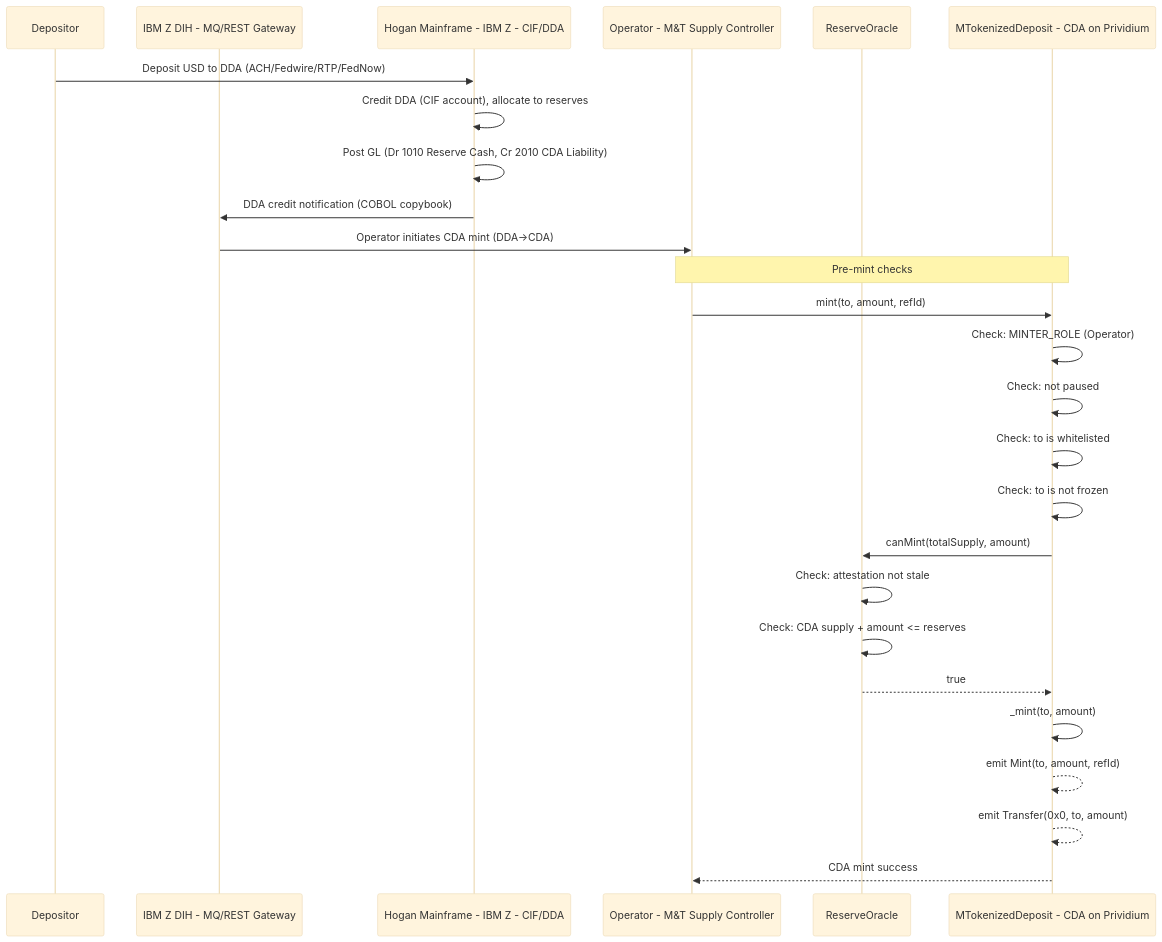
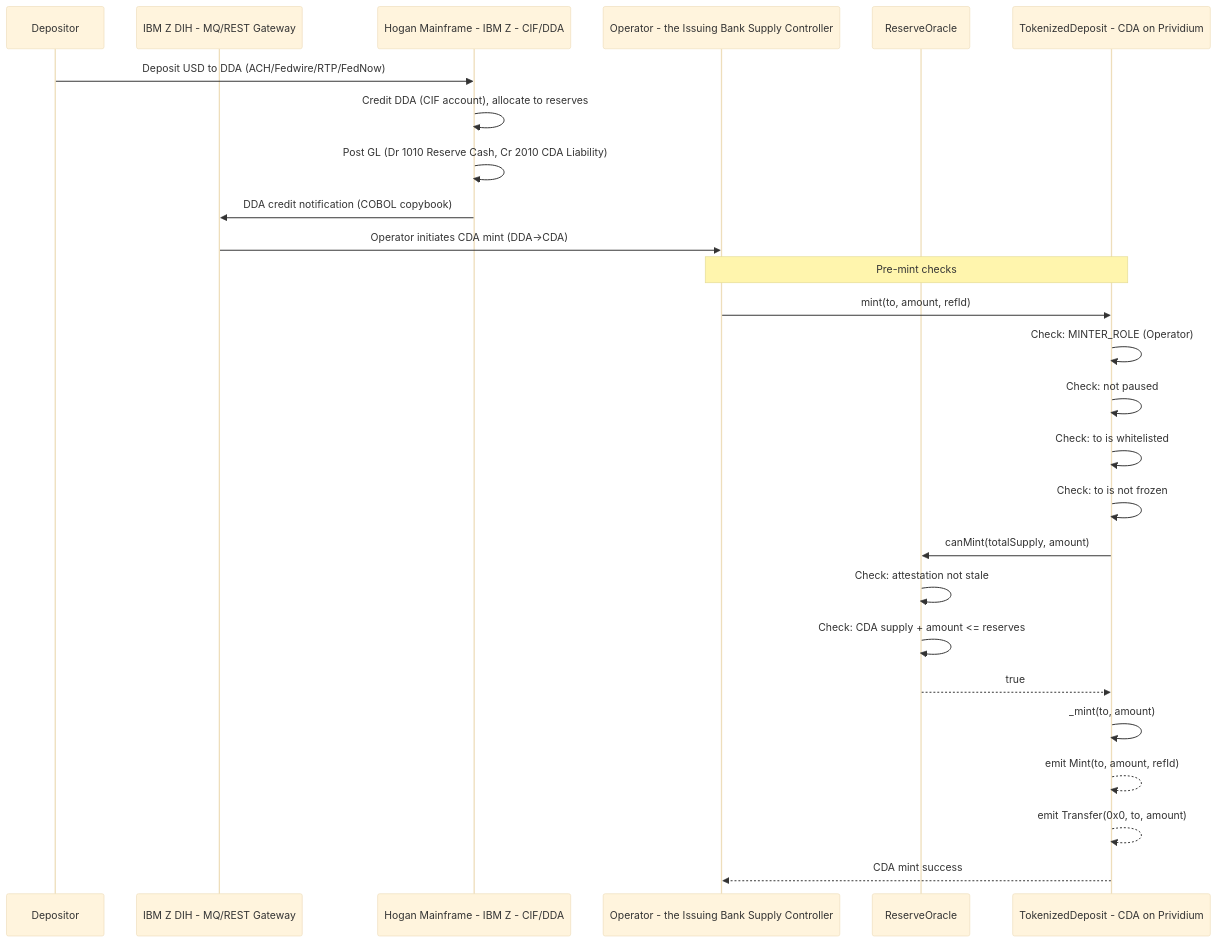
Before and after one commit to jnodes/tokenized-deposits: the first of 6 diagrams in docs/contract_flow_diagrams.md, drawn with Mermaid (base theme). The commit also changed other lines of this file and 160 other files, not shown here.

````diff
--- a/docs/contract_flow_diagrams.md
+++ b/docs/contract_flow_diagrams.md
@@ -5,33 +5,33 @@
 ```mermaid
 sequenceDiagram
     participant Depositor
     participant ZDIH as IBM Z DIH - MQ/REST Gateway
     participant Hogan as Hogan Mainframe - IBM Z - CIF/DDA
-    participant Operator as Operator - M&T Supply Controller
+    participant Operator as Operator - the Issuing Bank Supply Controller
     participant Oracle as ReserveOracle
-    participant Token as MTokenizedDeposit - CDA on Prividium
+    participant Token as TokenizedDeposit - CDA on Prividium
 
     Depositor->>Hogan: Deposit USD to DDA (ACH/Fedwire/RTP/FedNow)
     Hogan->>Hogan: Credit DDA (CIF account), allocate to reserves
     Hogan->>Hogan: Post GL (Dr 1010 Reserve Cash, Cr 2010 CDA Liability)
     Hogan->>ZDIH: DDA credit notification (COBOL copybook)
     ZDIH->>Operator: Operator initiates CDA mint (DDA->CDA)
 
     Note over Operator,Token: Pre-mint checks
 
     Operator->>Token: mint(to, amount, refId)
     Token->>Token: Check: MINTER_ROLE (Operator)
     Token->>Token: Check: not paused
     Token->>Token: Check: to is whitelisted
     Token->>Token: Check: to is not frozen
 
     Token->>Oracle: canMint(totalSupply, amount)
     Oracle->>Oracle: Check: attestation not stale
     Oracle->>Oracle: Check: CDA supply + amount <= reserves
     Oracle-->>Token: true
 
     Token->>Token: _mint(to, amount)
     Token-->>Token: emit Mint(to, amount, refId)
     Token-->>Token: emit Transfer(0x0, to, amount)
     Token-->>Operator: CDA mint success
 ```
````
